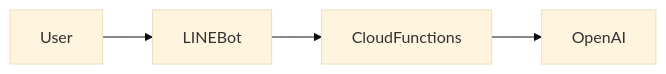
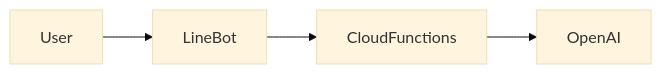
The diagram in docs/_posts/2023-02-17-LINEBot.md (metaproxy-technologies/pages), drawn with Mermaid (base theme) before and after one commit. The commit also changed other lines of this file and 1 other file, not shown here.

````diff
--- a/docs/_posts/2023-02-17-LINEBot.md
+++ b/docs/_posts/2023-02-17-LINEBot.md
@@ -13,4 +13,10 @@
 ```mermaid
 graph LR;
-  User --> LINEBot --> CloudFunctions --> OpenAI
+  A[User];
+  B[LineBot];
+  C[CloudFunctions];
+  D[OpenAI];
+
+  A --> B --> C --> D
+
 ```
````
